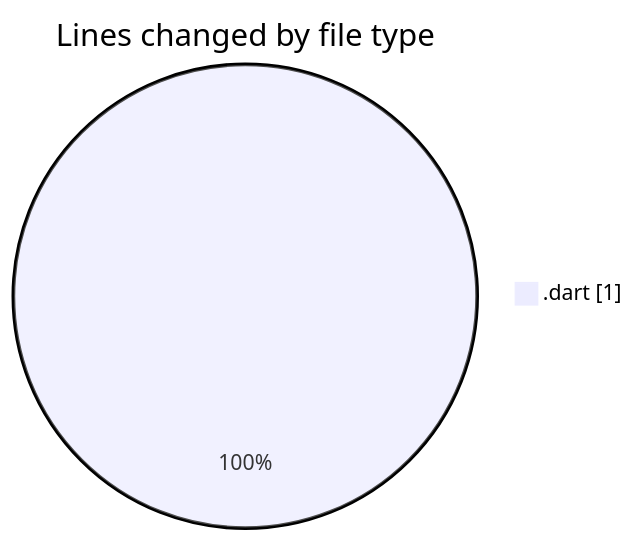
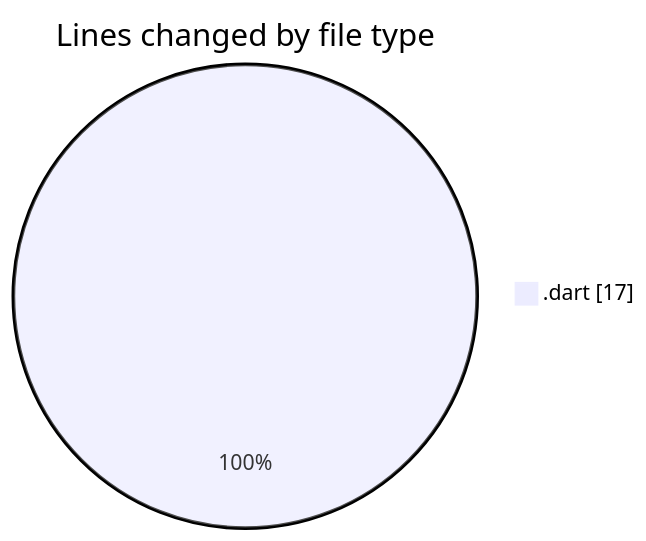
Before and after one commit to donsfak/code-tracking: the first of 2 diagrams in 2025-03-23/wordle/README.md, drawn with Mermaid. The commit also changed other lines of this file and 1 other file, not shown here.

````diff
--- a/2025-03-23/wordle/README.md
+++ b/2025-03-23/wordle/README.md
@@ -20,5 +21,5 @@
 ```mermaid
 pie showData
 title Lines changed by file type
-".dart" : 1
+".dart" : 17
 ```
````
